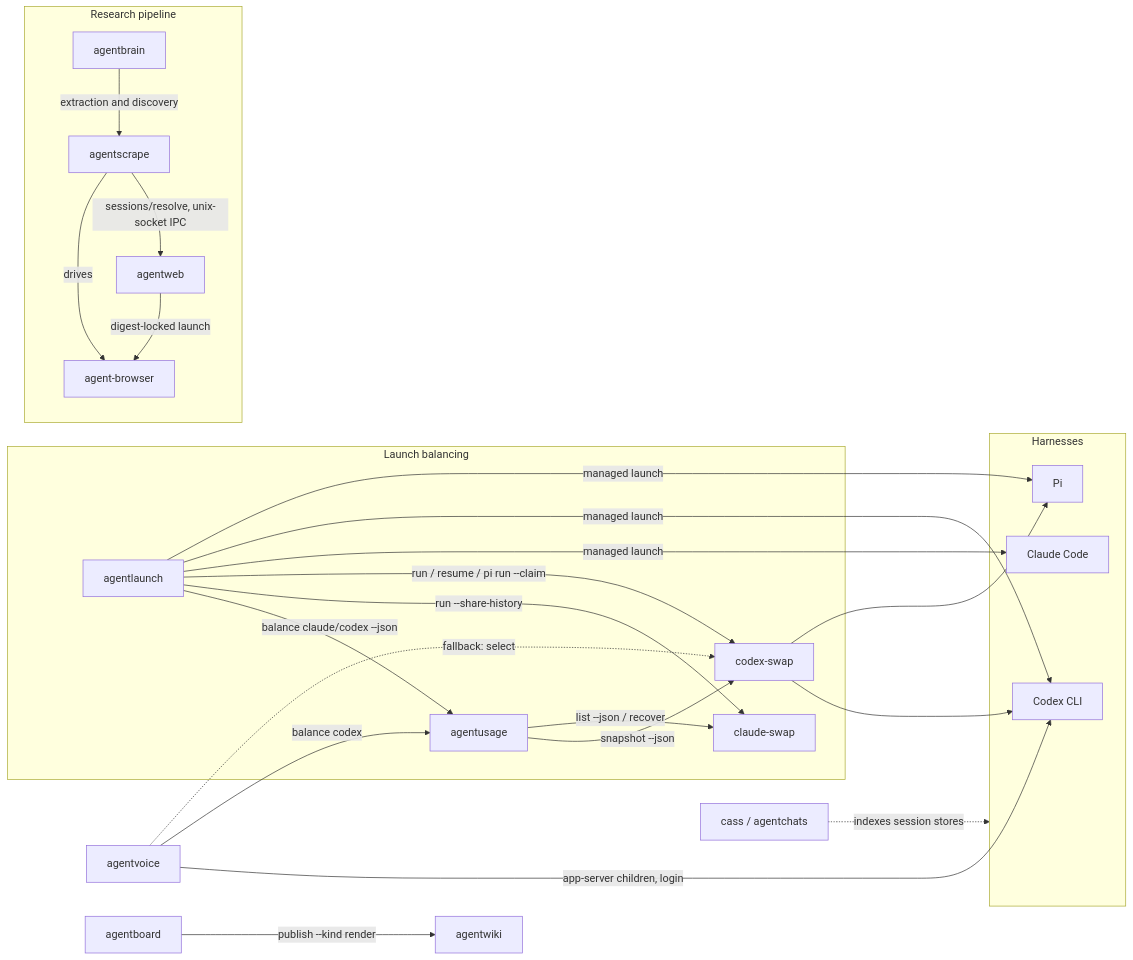
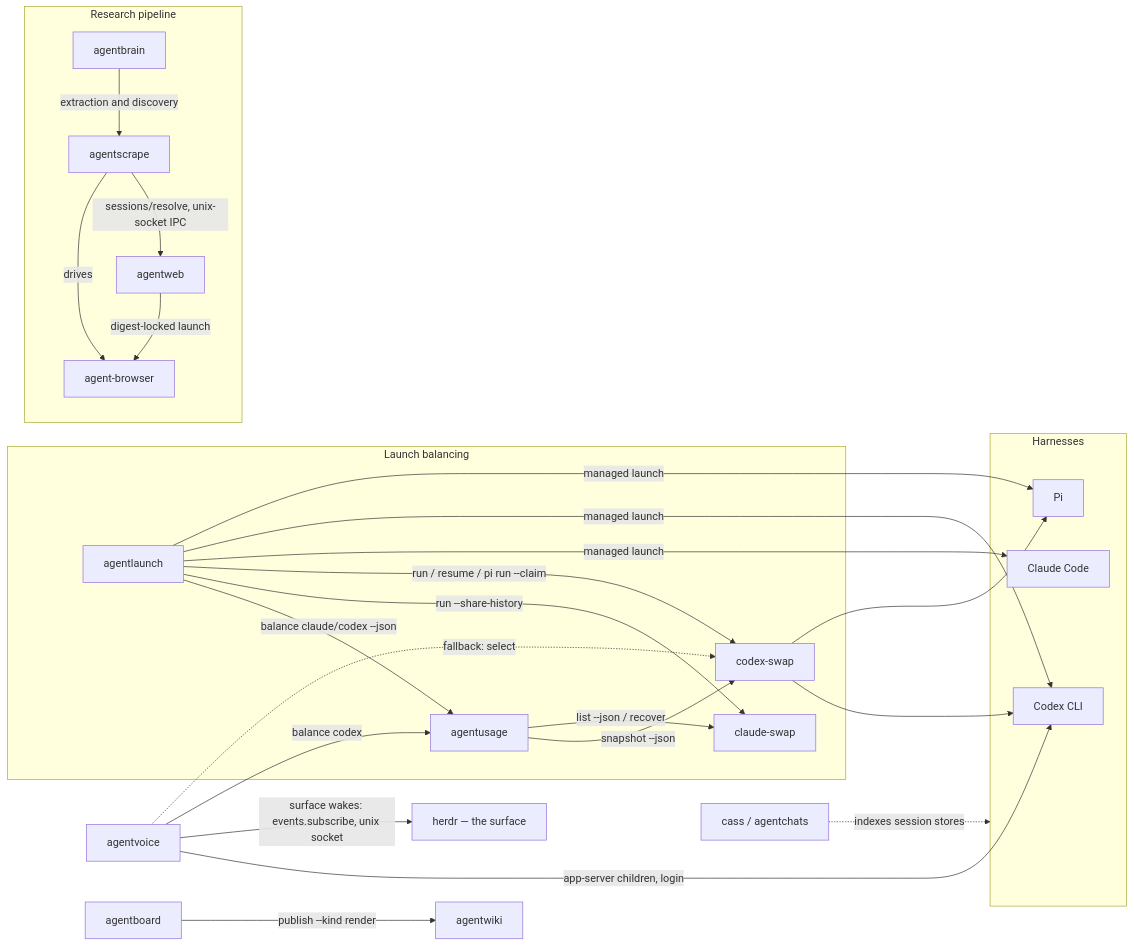
Before and after one commit to possibilities/agentdots: the first of 3 diagrams in skills/fleet/MAP.md, drawn with Mermaid. The commit also changed other lines of this file and 3 other files, not shown here.

First line of the commit message:
Install the surface skill from the herdr binary and wire surface wakes on

````diff
--- a/skills/fleet/MAP.md
+++ b/skills/fleet/MAP.md
@@ -18,47 +18,49 @@
 ```mermaid
 flowchart LR
     subgraph harnesses [Harnesses]
         claude[Claude Code]
         codex[Codex CLI]
         pi[Pi]
     end
 
     subgraph balancing [Launch balancing]
         launch[agentlaunch]
         usage[agentusage]
         claudeSwap[claude-swap]
         swap[codex-swap]
     end
 
     subgraph research [Research pipeline]
         brain[agentbrain]
         scrape[agentscrape]
         web[agentweb]
         browser[agent-browser]
     end
 
     voice[agentvoice]
     board[agentboard]
     wiki[agentwiki]
     chats[cass / agentchats]
+    herdr[herdr — the surface]
 
     launch -->|balance claude/codex --json| usage
     launch -->|run --share-history| claudeSwap
     launch -->|run / resume / pi run --claim| swap
     launch -->|managed launch| claude
     launch -->|managed launch| codex
     launch -->|managed launch| pi
     swap --> codex
     swap --> pi
     usage -->|snapshot --json| swap
     usage -->|list --json / recover| claudeSwap
     voice -->|app-server children, login| codex
     voice -->|balance codex| usage
     voice -.->|fallback: select| swap
+    voice -->|surface wakes: events.subscribe, unix socket| herdr
     brain -->|extraction and discovery| scrape
     scrape -->|drives| browser
     scrape -->|sessions/resolve, unix-socket IPC| web
     web -->|digest-locked launch| browser
     board -->|publish --kind render| wiki
     chats -.->|indexes session stores| harnesses
 ```
````
